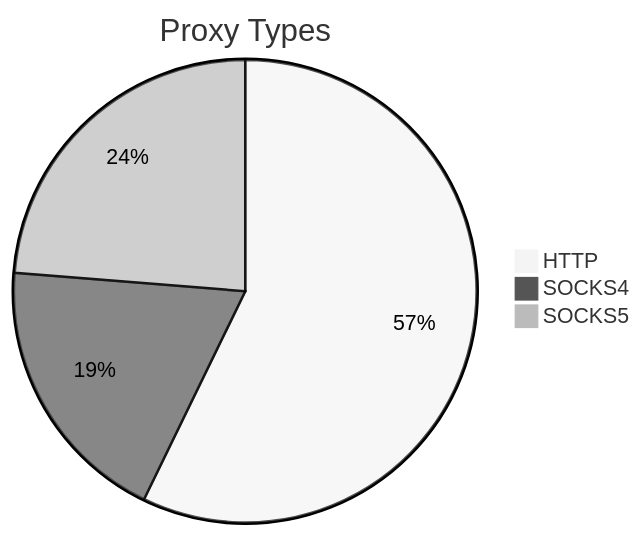
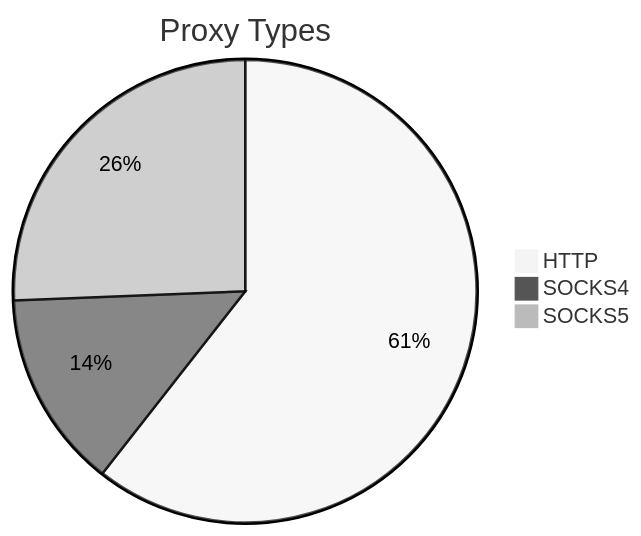
The first of 2 diagrams in README.md (stormsia/proxy-list), drawn with Mermaid (neutral theme) before and after one commit. The commit also changed other lines of this file, not shown here.

````diff
--- a/README.md
+++ b/README.md
@@ -21,6 +21,6 @@
 ```mermaid
 pie title Proxy Types
-    "HTTP" : 258
-    "SOCKS4" : 86
-    "SOCKS5" : 107
+    "HTTP" : 189
+    "SOCKS4" : 43
+    "SOCKS5" : 80
 ```
````
